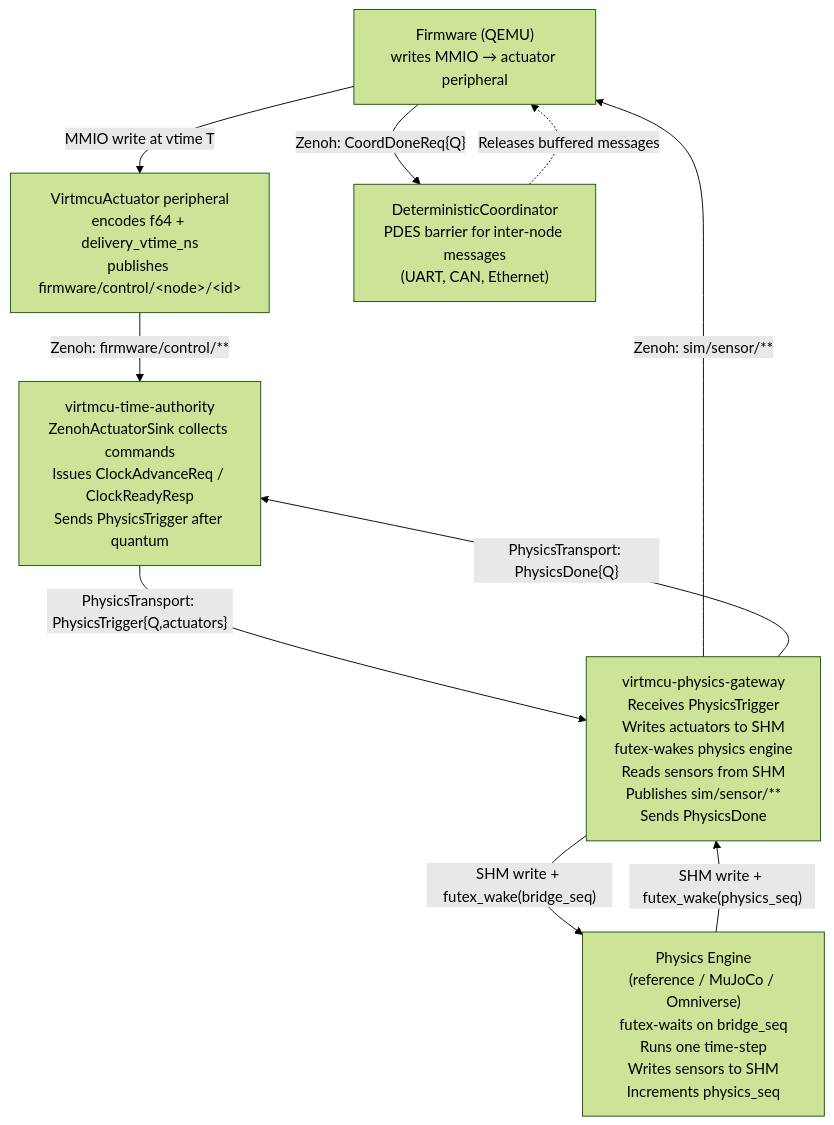
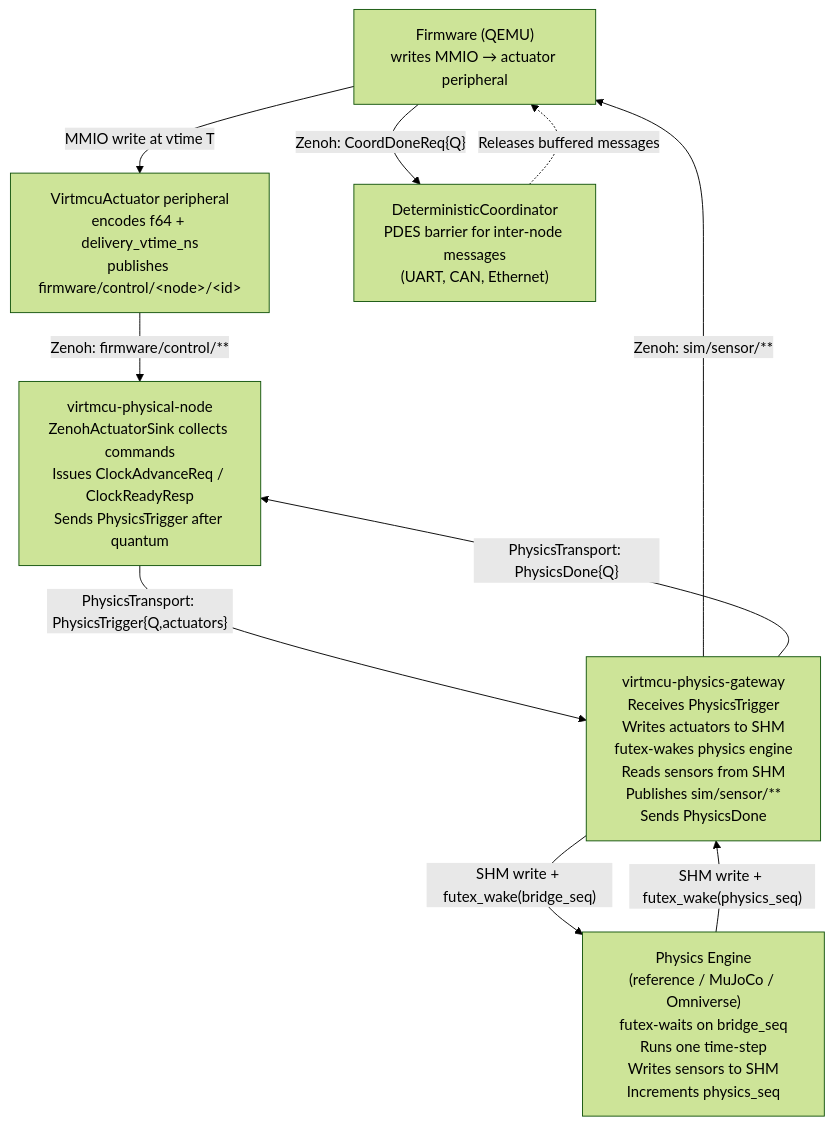
The first of 3 diagrams in docs/architecture/12-physics-gateway.md (RefractSystems/qenode), drawn with Mermaid (forest theme) before and after one commit. The commit also changed other lines of this file and 31 other files, not shown here.

First line of the commit message:
refactor(physics): migrate time-authority to physical-node

````diff
--- a/docs/architecture/12-physics-gateway.md
+++ b/docs/architecture/12-physics-gateway.md
@@ -66,19 +66,19 @@
 ```mermaid
 graph TD
     FW["Firmware (QEMU)<br/>writes MMIO → actuator peripheral"]
     ACT["VirtmcuActuator peripheral<br/>encodes f64 + delivery_vtime_ns<br/>publishes firmware/control/&lt;node&gt;/&lt;id&gt;"]
-    TA["virtmcu-time-authority<br/>ZenohActuatorSink collects commands<br/>Issues ClockAdvanceReq / ClockReadyResp<br/>Sends PhysicsTrigger after quantum"]
+    PN["virtmcu-physical-node<br/>ZenohActuatorSink collects commands<br/>Issues ClockAdvanceReq / ClockReadyResp<br/>Sends PhysicsTrigger after quantum"]
     GW["virtmcu-physics-gateway<br/>Receives PhysicsTrigger<br/>Writes actuators to SHM<br/>futex-wakes physics engine<br/>Reads sensors from SHM<br/>Publishes sim/sensor/**<br/>Sends PhysicsDone"]
     PE["Physics Engine<br/>(reference / MuJoCo / Omniverse)<br/>futex-waits on bridge_seq<br/>Runs one time-step<br/>Writes sensors to SHM<br/>Increments physics_seq"]
     COORD["DeterministicCoordinator<br/>PDES barrier for inter-node messages<br/>(UART, CAN, Ethernet)"]
 
     FW -->|"MMIO write at vtime T"| ACT
-    ACT -->|"Zenoh: firmware/control/**"| TA
-    TA -->|"PhysicsTransport: PhysicsTrigger{Q,actuators}"| GW
+    ACT -->|"Zenoh: firmware/control/**"| PN
+    PN -->|"PhysicsTransport: PhysicsTrigger{Q,actuators}"| GW
     GW -->|"SHM write + futex_wake(bridge_seq)"| PE
     PE -->|"SHM write + futex_wake(physics_seq)"| GW
     GW -->|"Zenoh: sim/sensor/**"| FW
-    GW -->|"PhysicsTransport: PhysicsDone{Q}"| TA
+    GW -->|"PhysicsTransport: PhysicsDone{Q}"| PN
     FW -->|"Zenoh: CoordDoneReq{Q}"| COORD
     COORD -.->|"Releases buffered messages"| FW
 ```
````
